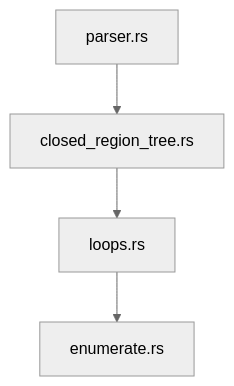
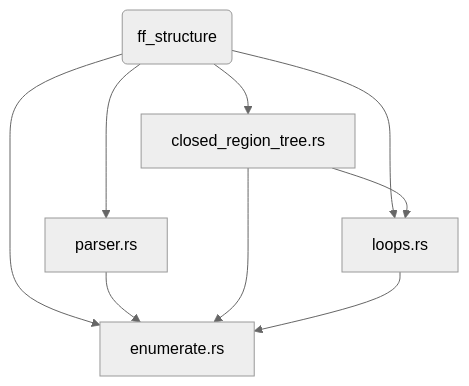
Before and after one commit to jonjaeg/fuzzyfold: the diagram in crates/ff_energy/src/pseudoknots/README.md, drawn with Mermaid (neutral theme). The commit also changed other lines of this file and 2 other files, not shown here.

Commit message:
modify README.md and now strict single RNA molecules parsing in parser.rs compared to PairTable::try_from(&str)

`````diff
--- a/crates/ff_energy/src/pseudoknots/README.md
+++ b/crates/ff_energy/src/pseudoknots/README.md
@@ -5,8 +14,12 @@
 ````mermaid
 flowchart TD
-    A[parser.rs] --> B[closed_region_tree.rs]
-    B --> C[loops.rs]
-    C --> D[enumerate.rs]
-   
+    Z(ff_structure) --> A[parser.rs]
+    Z(ff_structure) --> B[closed_region_tree.rs]
+    Z(ff_structure) --> C[loops.rs]
+    Z(ff_structure) --> D[enumerate.rs]
+    A --> D
+    B --> C
+    B --> D
+    C --> D
 
 ````
`````
